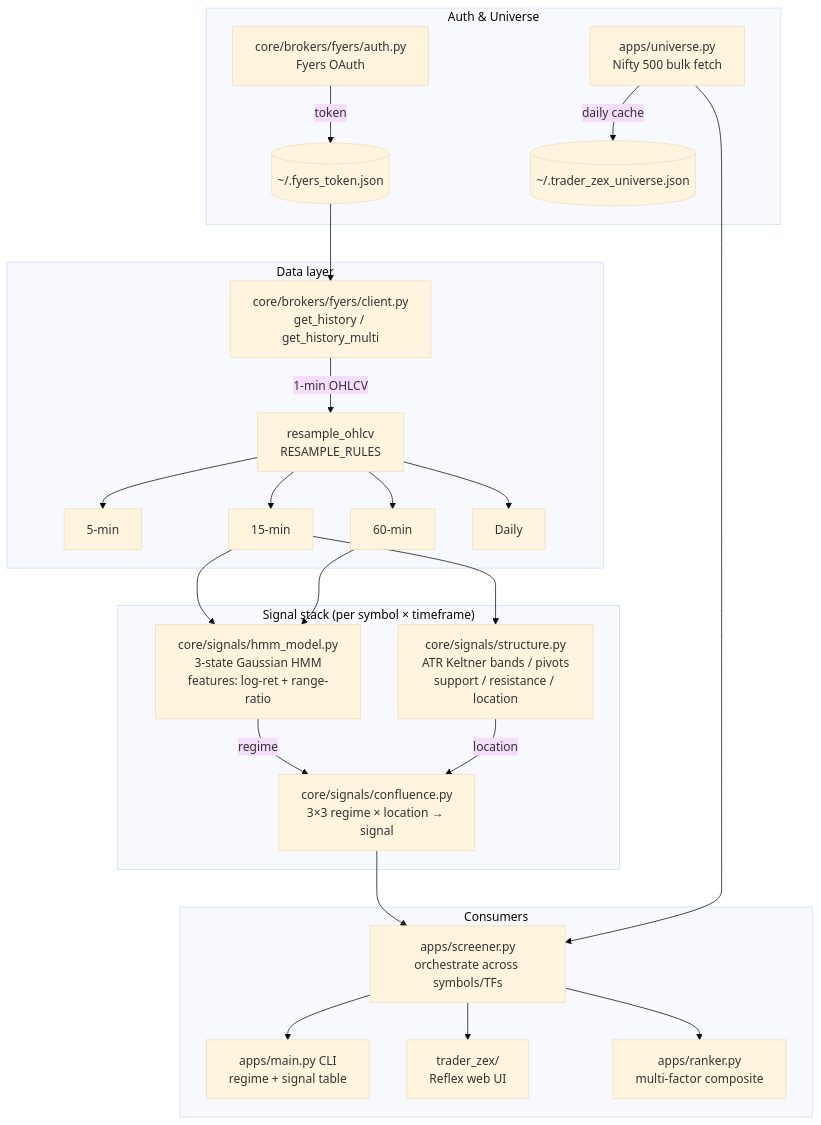
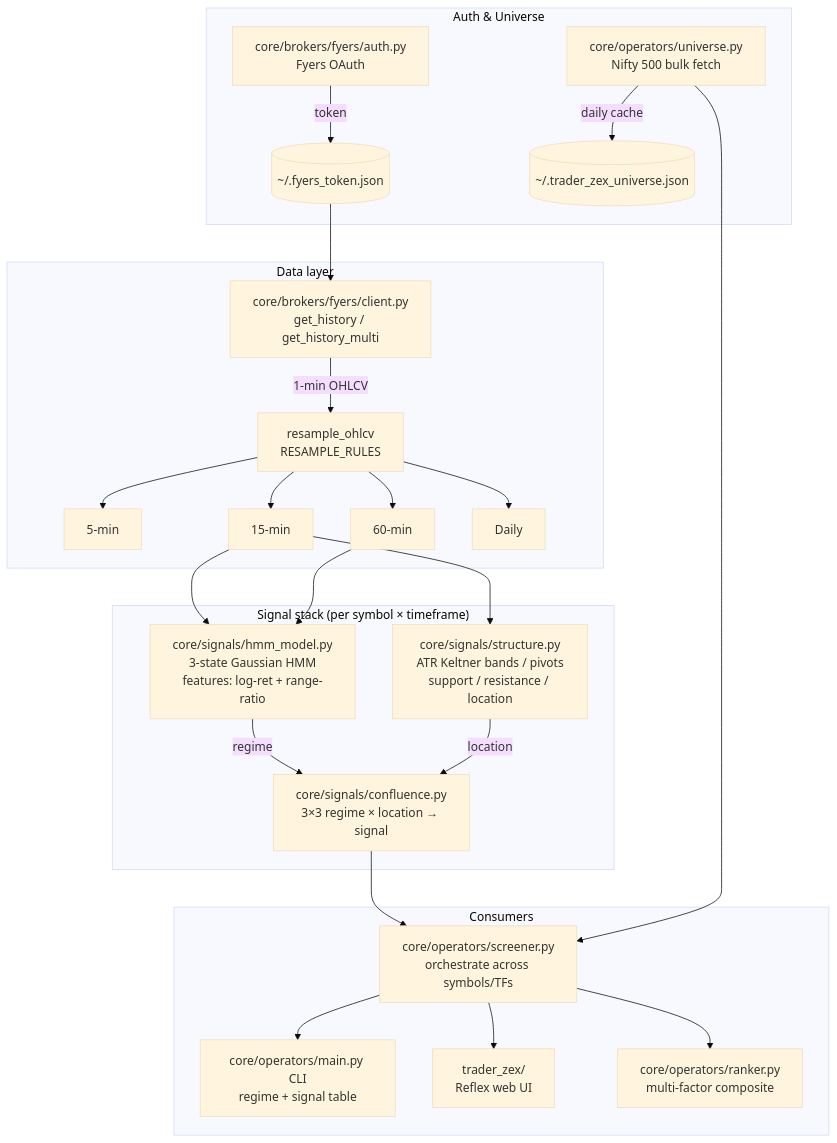
One commit to pavittarx/trader-zex changed the first of 3 diagrams in docs/ARCHITECTURE.md. Above: the diagram before and after it, drawn with Mermaid (base theme). The commit also changed 19 other files, not shown here.

````diff
--- a/docs/ARCHITECTURE.md
+++ b/docs/ARCHITECTURE.md
@@ -5,38 +5,38 @@
 ```mermaid
 flowchart TD
     subgraph AUTH["Auth & Universe"]
         A[core/brokers/fyers/auth.py<br/>Fyers OAuth] -->|token| TOK[(~/.fyers_token.json)]
-        U[apps/universe.py<br/>Nifty 500 bulk fetch] -->|daily cache| UCACHE[(~/.trader_zex_universe.json)]
+        U[core/operators/universe.py<br/>Nifty 500 bulk fetch] -->|daily cache| UCACHE[(~/.trader_zex_universe.json)]
     end
 
     subgraph DATA["Data layer"]
         FC[core/brokers/fyers/client.py<br/>get_history / get_history_multi]
         TOK --> FC
         FC -->|1-min OHLCV| RS[resample_ohlcv<br/>RESAMPLE_RULES]
         RS --> TF5[5-min]
         RS --> TF15[15-min]
         RS --> TF60[60-min]
         RS --> TFD[Daily]
     end
 
     subgraph SIGNAL["Signal stack (per symbol × timeframe)"]
         HMM[core/signals/hmm_model.py<br/>3-state Gaussian HMM<br/>features: log-ret + range-ratio]
         STR[core/signals/structure.py<br/>ATR Keltner bands / pivots<br/>support / resistance / location]
         CONF[core/signals/confluence.py<br/>3×3 regime × location → signal]
         HMM -->|regime| CONF
         STR -->|location| CONF
     end
 
     TF15 --> HMM
     TF15 --> STR
     TF60 --> HMM
 
-    CONF --> SCR[apps/screener.py<br/>orchestrate across symbols/TFs]
+    CONF --> SCR[core/operators/screener.py<br/>orchestrate across symbols/TFs]
     U --> SCR
 
     subgraph OUTPUTS["Consumers"]
-        SCR --> MAIN[apps/main.py CLI<br/>regime + signal table]
+        SCR --> MAIN[core/operators/main.py CLI<br/>regime + signal table]
         SCR --> DASH[trader_zex/<br/>Reflex web UI]
-        SCR --> RANK[apps/ranker.py<br/>multi-factor composite]
+        SCR --> RANK[core/operators/ranker.py<br/>multi-factor composite]
     end
 ```
````
